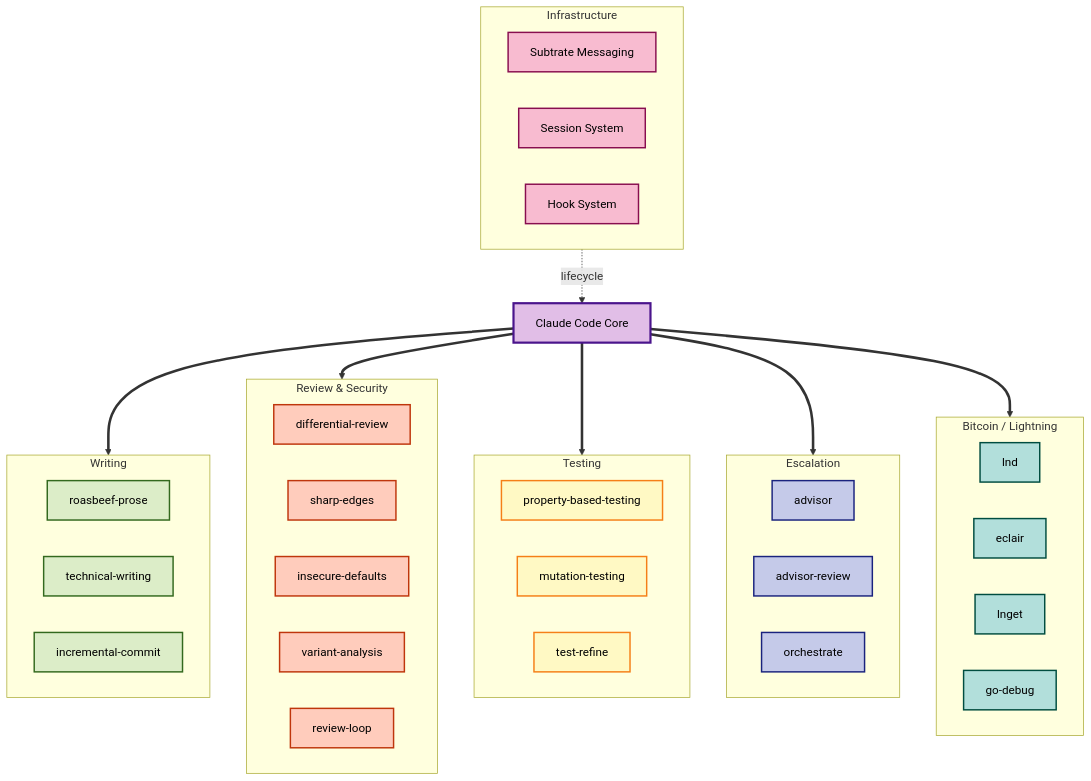
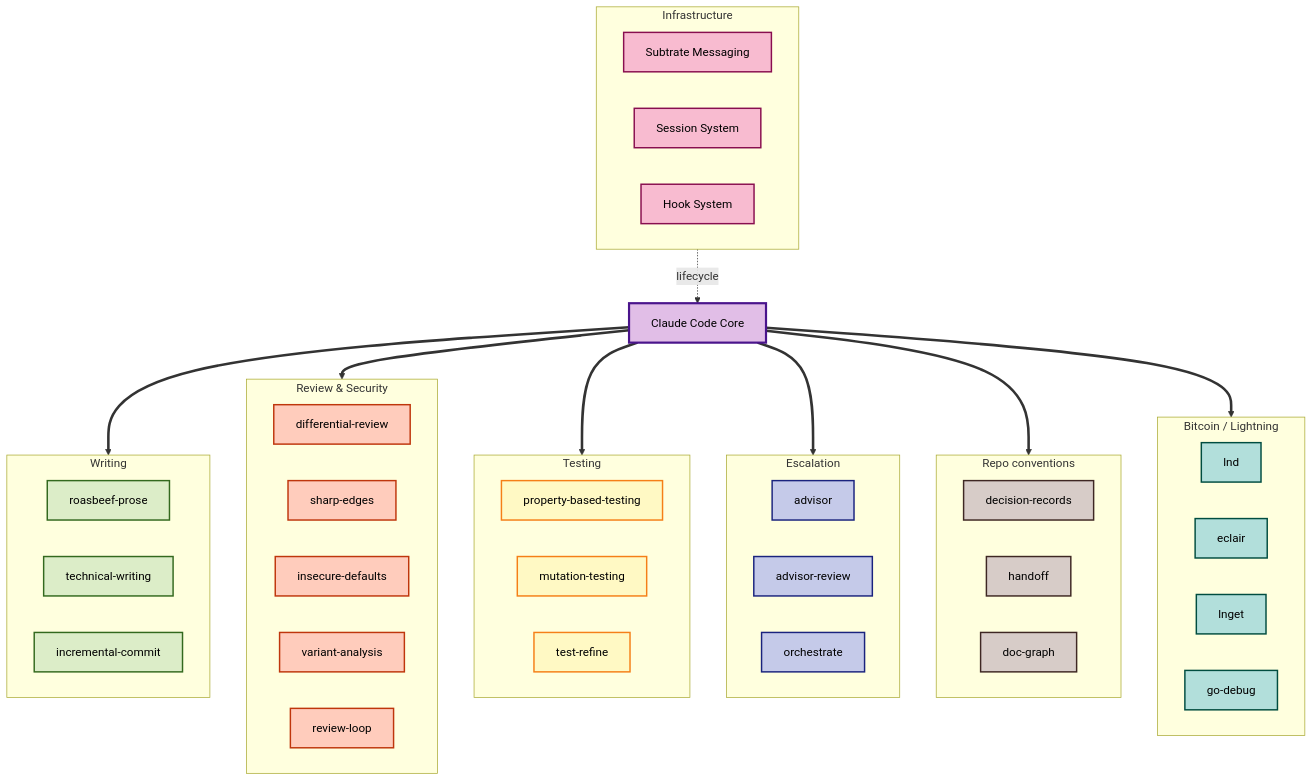
Before and after one commit to Roasbeef/beefstack: the diagram in README.md, drawn with Mermaid. The commit also changed other lines of this file, not shown here.

````diff
--- a/README.md
+++ b/README.md
@@ -58,72 +97,82 @@
 ```mermaid
 graph TB
     Main[Claude Code Core]
 
     subgraph Writing["Writing"]
         direction LR
         W1[roasbeef-prose]
         W2[technical-writing]
         W3[incremental-commit]
     end
 
     subgraph Review["Review &amp; Security"]
         direction LR
         R1[differential-review]
         R2[sharp-edges]
         R3[insecure-defaults]
         R4[variant-analysis]
         R5[review-loop]
     end
 
     subgraph Testing["Testing"]
         direction LR
         T1[property-based-testing]
         T2[mutation-testing]
         T3[test-refine]
     end
 
     subgraph Escalation["Escalation"]
         direction LR
         E1[advisor]
         E2[advisor-review]
         E3[orchestrate]
     end
 
+    subgraph Conventions["Repo conventions"]
+        direction LR
+        C1[decision-records]
+        C2[handoff]
+        C3[doc-graph]
+    end
+
     subgraph Domain["Bitcoin / Lightning"]
         direction LR
         D1[lnd]
         D2[eclair]
         D3[lnget]
         D4[go-debug]
     end
 
     subgraph Infra["Infrastructure"]
         direction LR
         Sub[Subtrate Messaging]
         Ses[Session System]
         Hooks[Hook System]
     end
 
     Main ==> Writing
     Main ==> Review
     Main ==> Testing
     Main ==> Escalation
+    Main ==> Conventions
     Main ==> Domain
     Infra -.->|lifecycle| Main
 
     classDef core fill:#e1bee7,stroke:#4a148c,stroke-width:3px,color:#000
     classDef writing fill:#dcedc8,stroke:#33691e,stroke-width:2px,color:#000
     classDef review fill:#ffccbc,stroke:#bf360c,stroke-width:2px,color:#000
     classDef testing fill:#fff9c4,stroke:#f57f17,stroke-width:2px,color:#000
     classDef escalation fill:#c5cae9,stroke:#1a237e,stroke-width:2px,color:#000
+    classDef conventions fill:#d7ccc8,stroke:#3e2723,stroke-width:2px,color:#000
     classDef domain fill:#b2dfdb,stroke:#004d40,stroke-width:2px,color:#000
     classDef infra fill:#f8bbd0,stroke:#880e4f,stroke-width:2px,color:#000
 
     class Main core
     class W1,W2,W3 writing
     class R1,R2,R3,R4,R5 review
     class T1,T2,T3 testing
     class E1,E2,E3 escalation
+    class C1,C2,C3 conventions
     class D1,D2,D3,D4 domain
     class Sub,Ses,Hooks infra
 ```
````
